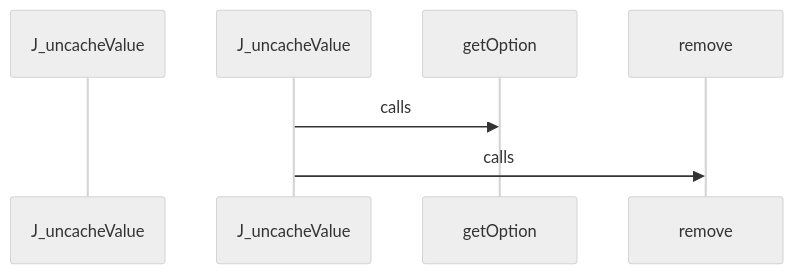
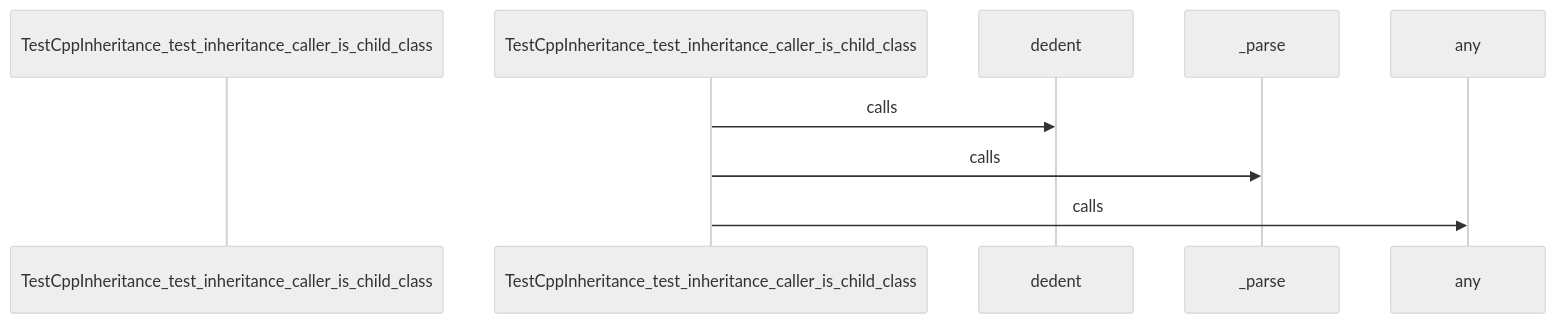
Before and after one commit to hazalkoom/DECODEx01: diagram 19 of 27 in docs/CALL_FLOW.md, drawn with Mermaid (neutral theme). The commit also changed other lines of this file and 12 other files, not shown here.

````diff
--- a/docs/CALL_FLOW.md
+++ b/docs/CALL_FLOW.md
@@ -859,13 +709,17 @@
 ```mermaid
 sequenceDiagram
-    participant Start as J_uncacheValue
+    participant Start as TestCppInheritance_test_inheritance_caller_is_child_class
 
 
-    J_uncacheValue->>getOption: calls
+    TestCppInheritance_test_inheritance_caller_is_child_class->>dedent: calls
 
 
 
-    J_uncacheValue->>remove: calls
+    TestCppInheritance_test_inheritance_caller_is_child_class->>_parse: calls
+
+
+
+    TestCppInheritance_test_inheritance_caller_is_child_class->>any: calls
 
 
 ```
````
